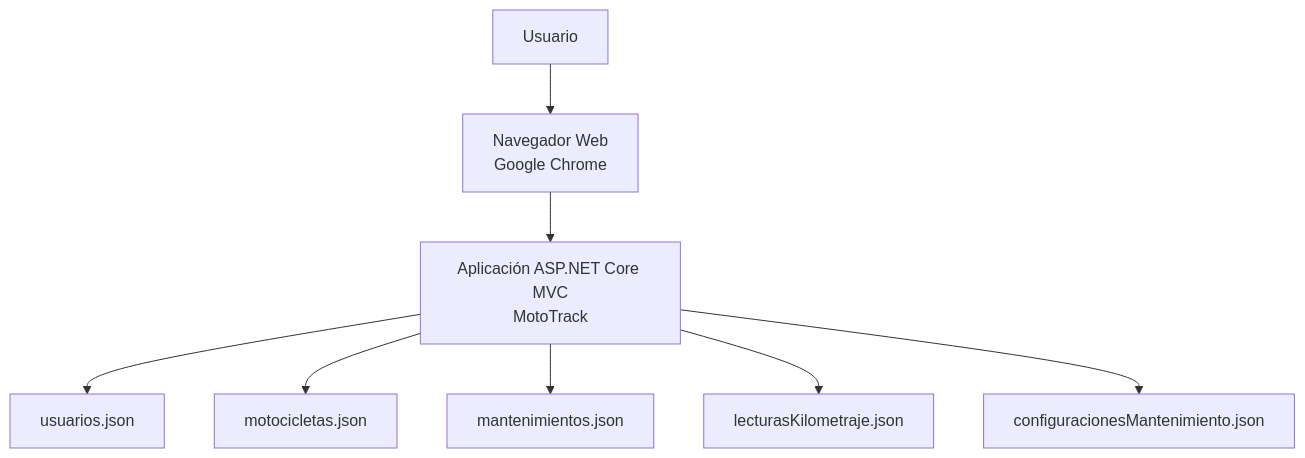
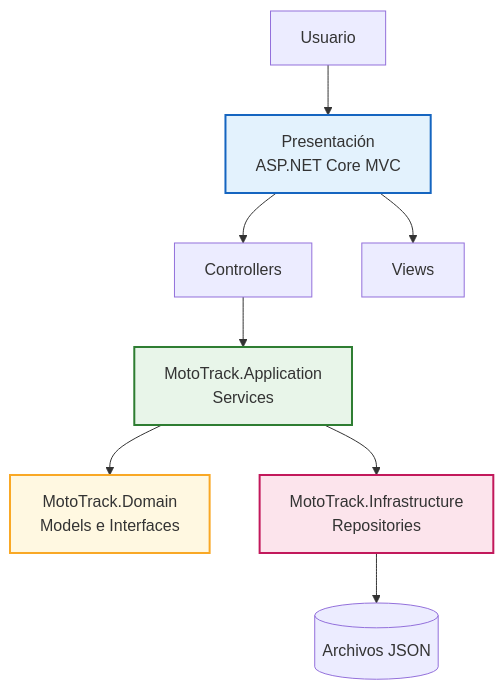
One commit to Dave2826/ArqSoft-S01-DavidMorales changed the diagram in docs/diagramas/arquitectura-por-capas.mmd. Above: the diagram before and after it, drawn with Mermaid. The commit also changed other lines of this file and 7 other files, not shown here.

Commit message:
fix: improve dashboard quick actions flow

````diff
--- a/docs/diagramas/arquitectura-por-capas.mmd
+++ b/docs/diagramas/arquitectura-por-capas.mmd
@@ -7,15 +1,23 @@
 ```mermaid
 flowchart TD
 
     U[Usuario]
 
-    U --> B[Navegador Web<br/>Google Chrome]
+    U --> V[Presentación<br/>ASP.NET Core MVC]
 
-    B --> S[Aplicación ASP.NET Core MVC<br/>MotoTrack]
+    V --> C[Controllers]
+    V --> W[Views]
 
-    S --> J[usuarios.json]
-    S --> M[motocicletas.json]
-    S --> MA[mantenimientos.json]
-    S --> L[lecturasKilometraje.json]
-    S --> C[configuracionesMantenimiento.json]
+    C --> A[MotoTrack.Application<br/>Services]
+
+    A --> D[MotoTrack.Domain<br/>Models e Interfaces]
+
+    A --> I[MotoTrack.Infrastructure<br/>Repositories]
+
+    I --> J[(Archivos JSON)]
+
+    style V fill:#E3F2FD,stroke:#1565C0,stroke-width:2px
+    style A fill:#E8F5E9,stroke:#2E7D32,stroke-width:2px
+    style D fill:#FFF8E1,stroke:#F9A825,stroke-width:2px
+    style I fill:#FCE4EC,stroke:#C2185B,stroke-width:2px
 ```
````
